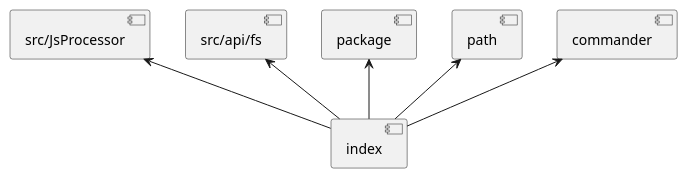
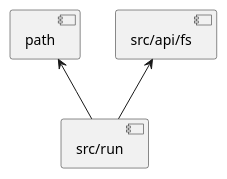
One commit to ljquan/gen-structure changed the third of 3 diagrams in structure.md. Above: the diagram before and after it, drawn with PlantUML. The commit also changed other lines of this file and 4 other files, not shown here.

````diff
--- a/structure.md
+++ b/structure.md
@@ -21,9 +19,6 @@
 ```plantuml
 @startuml
-[index] -up-> [commander]
-[index] -up-> [path]
-[index] -up-> [package]
-[index] -up-> [src/api/fs]
-[index] -up-> [src/JsProcessor]
+[src/run] -up-> [src/api/fs]
+[src/run] -up-> [path]
 @enduml
 ```
````
